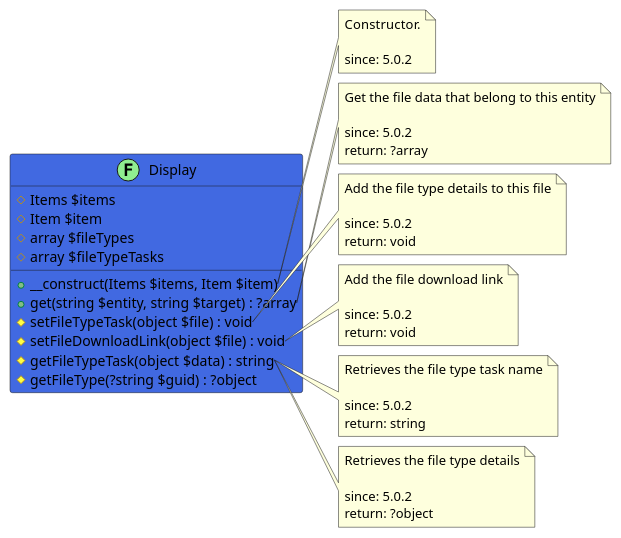
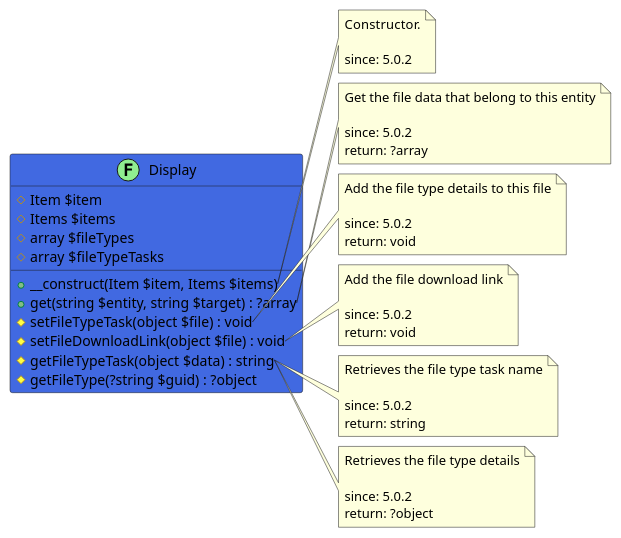
One commit to joomengine/super-powers changed the diagram in src/d46c4667-378b-49e8-9782-ffb28d92415a/README.md. Above: the diagram before and after it, drawn with PlantUML. The commit also changed 5 other files, not shown here.

````diff
--- a/src/d46c4667-378b-49e8-9782-ffb28d92415a/README.md
+++ b/src/d46c4667-378b-49e8-9782-ffb28d92415a/README.md
@@ -12,58 +12,58 @@
 ```uml
 @startuml
 class Display << (F,LightGreen) >> #RoyalBlue {
+  # Item $item
   # Items $items
-  # Item $item
   # array $fileTypes
   # array $fileTypeTasks
-  + __construct(Items $items, Item $item)
+  + __construct(Item $item, Items $items)
   + get(string $entity, string $target) : ?array
   # setFileTypeTask(object $file) : void
   # setFileDownloadLink(object $file) : void
   # getFileTypeTask(object $data) : string
   # getFileType(?string $guid) : ?object
 }
 
 note right of Display::__construct
   Constructor.
 
   since: 5.0.2
 end note
 
 note right of Display::get
   Get the file data that belong to this entity
 
   since: 5.0.2
   return: ?array
 end note
 
 note right of Display::setFileTypeTask
   Add the file type details to this file
 
   since: 5.0.2
   return: void
 end note
 
 note right of Display::setFileDownloadLink
   Add the file download link
 
   since: 5.0.2
   return: void
 end note
 
 note right of Display::getFileTypeTask
   Retrieves the file type task name
 
   since: 5.0.2
   return: string
 end note
 
 note right of Display::getFileType
   Retrieves the file type details
 
   since: 5.0.2
   return: ?object
 end note
  
 @enduml
 ```
````
